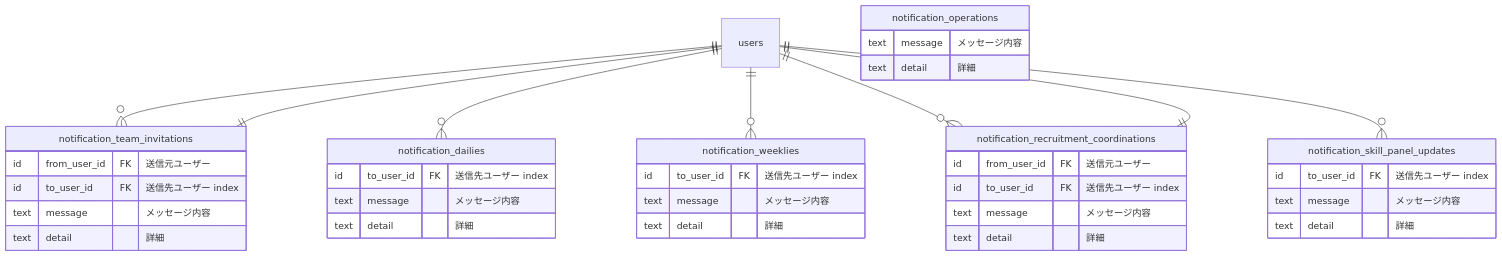
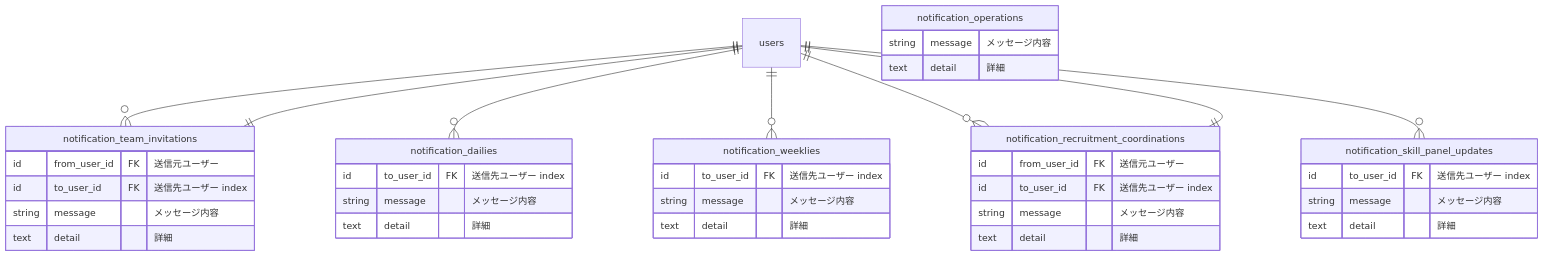
One commit to bright-org/bright changed the third of 6 diagrams in docs/conceptual_schemas/notifications.md. Above: the diagram before and after it, drawn with Mermaid. The commit also changed other lines of this file, not shown here.

````diff
--- a/docs/conceptual_schemas/notifications.md
+++ b/docs/conceptual_schemas/notifications.md
@@ -38,52 +36,52 @@
 ```mermaid
 erDiagram
   "users" ||--o{ "notification_team_invitations" : ""
   "notification_team_invitations" ||--|| "users" : ""
 
   "users" ||--o{ "notification_dailies" : ""
   "users" ||--o{ "notification_weeklies" : ""
 
   "users" ||--o{ "notification_recruitment_coordinations" : ""
   "notification_recruitment_coordinations" ||--|| "users" : ""
 
   "users" ||--o{　"notification_skill_panel_updates"　: ""
   "notification_operations"
 
   notification_team_invitations {
     id from_user_id	FK "送信元ユーザー"
     id to_user_id	FK "送信先ユーザー index"
-    text message	"メッセージ内容"
+    string message	"メッセージ内容"
     text detail	"詳細"
   }
   
   notification_dailies {
     id to_user_id	FK "送信先ユーザー index"
-    text message	"メッセージ内容"
+    string message	"メッセージ内容"
     text detail	"詳細"
   }
 
   notification_weeklies {
     id to_user_id	FK "送信先ユーザー index"
-    text message	"メッセージ内容"
+    string message	"メッセージ内容"
     text detail	"詳細"
   }
 
   notification_recruitment_coordinations {
     id from_user_id	FK "送信元ユーザー"
     id to_user_id	FK "送信先ユーザー index"
-    text message	"メッセージ内容"
+    string message	"メッセージ内容"
     text detail	"詳細"
   }
 
   notification_skill_panel_updates {
     id to_user_id	FK "送信先ユーザー index"
-    text message	"メッセージ内容"
+    string message	"メッセージ内容"
     text detail	"詳細"
   }
 
   notification_operations {
-    text message	"メッセージ内容"
+    string message	"メッセージ内容"
     text detail	"詳細"
   }
   
 ```
````
